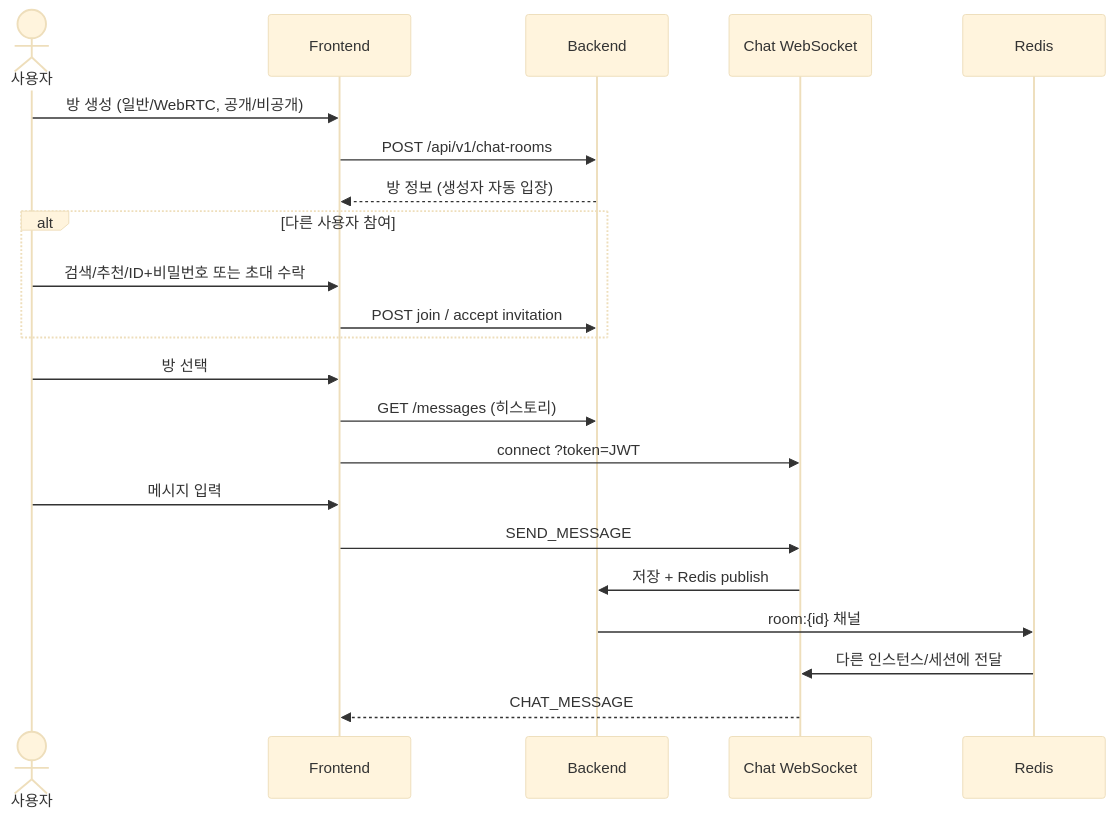
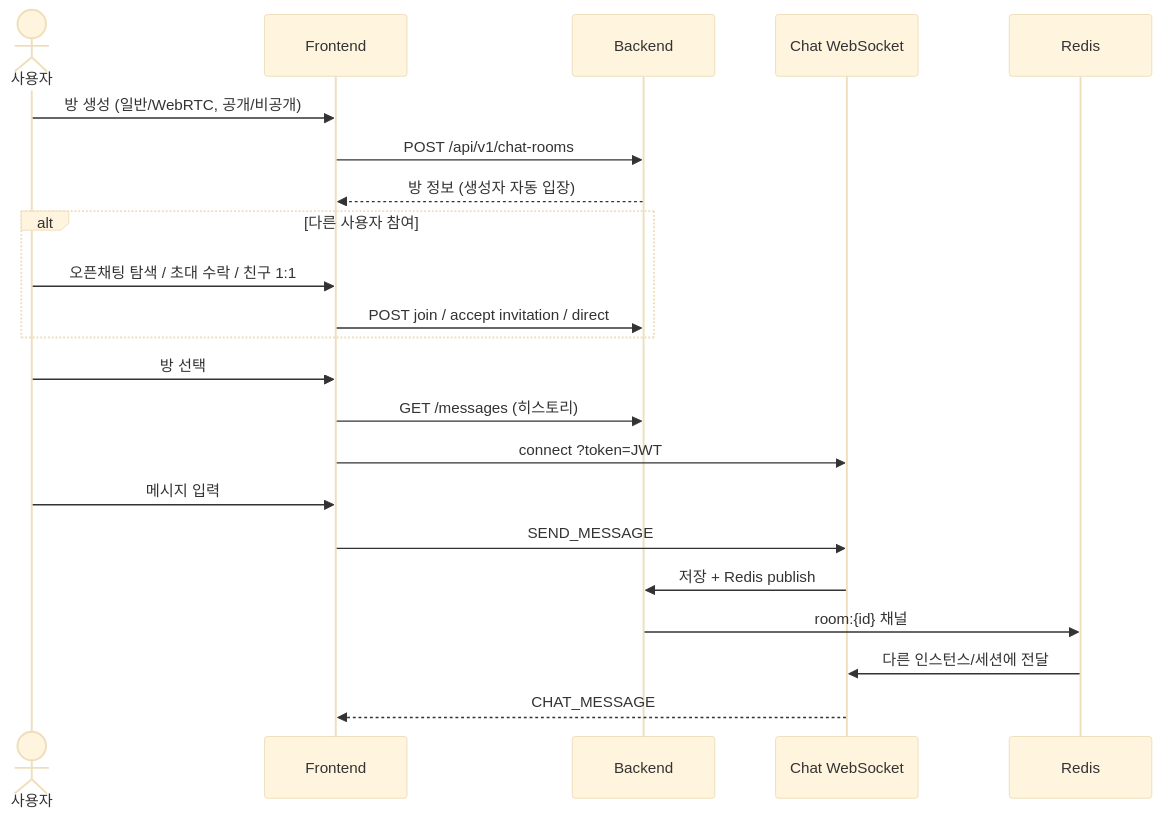
The fourth of 6 diagrams in ko_chat/README.md (skyleedevzero86/studyKotlin), drawn with Mermaid (base theme) before and after one commit. The commit also changed other lines of this file, not shown here.

````diff
--- a/ko_chat/README.md
+++ b/ko_chat/README.md
@@ -323,27 +398,27 @@
 ```mermaid
 sequenceDiagram
     actor U as 사용자
     participant F as Frontend
     participant B as Backend
     participant WS as Chat WebSocket
     participant R as Redis
 
     U->>F: 방 생성 (일반/WebRTC, 공개/비공개)
     F->>B: POST /api/v1/chat-rooms
     B-->>F: 방 정보 (생성자 자동 입장)
 
     alt 다른 사용자 참여
-        U->>F: 검색/추천/ID+비밀번호 또는 초대 수락
-        F->>B: POST join / accept invitation
+        U->>F: 오픈채팅 탐색 / 초대 수락 / 친구 1:1
+        F->>B: POST join / accept invitation / direct
     end
 
     U->>F: 방 선택
     F->>B: GET /messages (히스토리)
     F->>WS: connect ?token=JWT
-  U->>F: 메시지 입력
+    U->>F: 메시지 입력
     F->>WS: SEND_MESSAGE
     WS->>B: 저장 + Redis publish
     B->>R: room:{id} 채널
     R->>WS: 다른 인스턴스/세션에 전달
     WS-->>F: CHAT_MESSAGE
 ```
````
